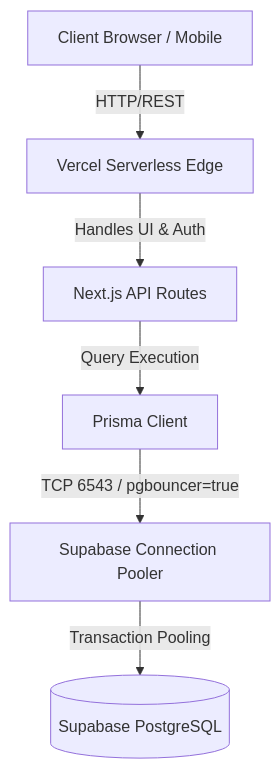
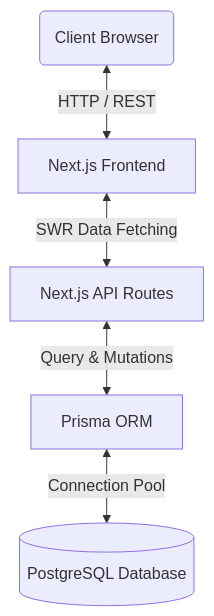
Before and after one commit to sachhu04/TransitOps: the first of 2 diagrams in README.md, drawn with Mermaid. The commit also changed other lines of this file, not shown here.

````diff
--- a/README.md
+++ b/README.md
@@ -124,15 +78,13 @@
 ```mermaid
 graph TD
-    Client[Client Browser / Mobile]
-    Vercel[Vercel Serverless Edge]
+    Client(Client Browser)
+    NextJS[Next.js Frontend]
     NextAPI[Next.js API Routes]
-    Prisma[Prisma Client]
-    PgBouncer[Supabase Connection Pooler]
-    DB[(Supabase PostgreSQL)]
+    Prisma[Prisma ORM]
+    PostgreSQL[(PostgreSQL Database)]
 
-    Client -->|HTTP/REST| Vercel
-    Vercel -->|Handles UI & Auth| NextAPI
-    NextAPI -->|Query Execution| Prisma
-    Prisma -->|TCP 6543 / pgbouncer=true| PgBouncer
-    PgBouncer -->|Transaction Pooling| DB
+    Client <-->|HTTP / REST| NextJS
+    NextJS <-->|SWR Data Fetching| NextAPI
+    NextAPI <-->|Query & Mutations| Prisma
+    Prisma <-->|Connection Pool| PostgreSQL
 ```
````
